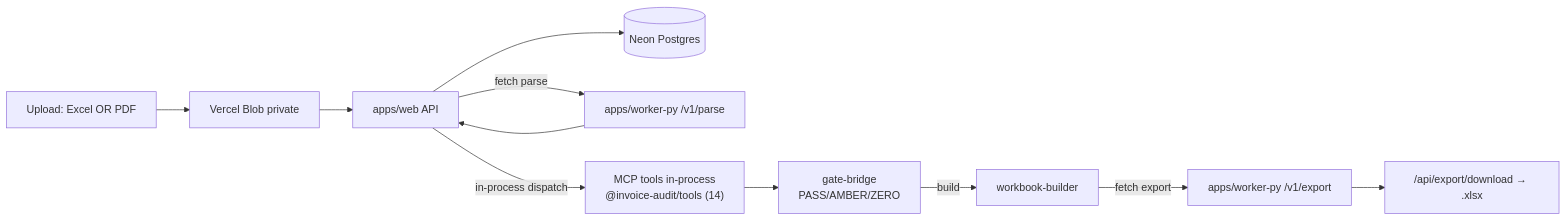
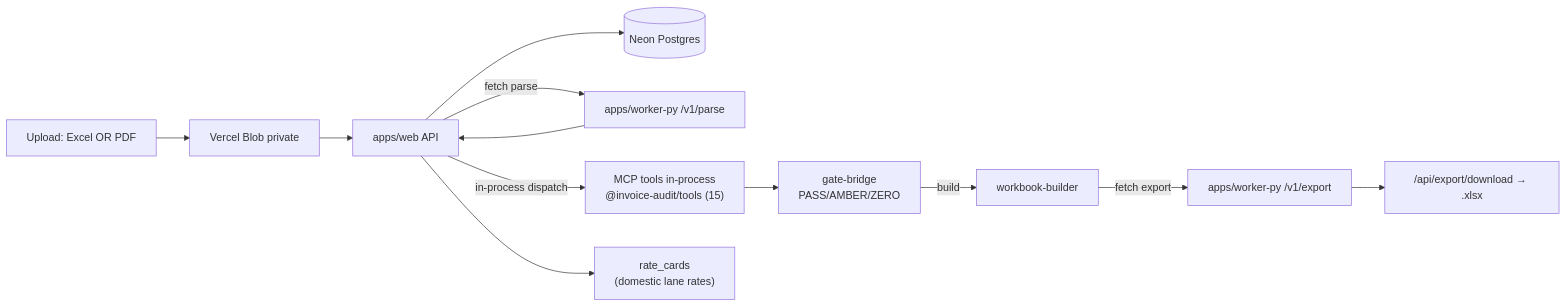
The diagram in SYSTEM_ARCHITECTURE.md (macho715/invoice_sct), drawn with Mermaid before and after one commit. The commit also changed other lines of this file and 18 other files, not shown here.

First line of the commit message:
feat: DOMESTIC workflow — full pipeline (UI, parser, MCP tool, gate, rate cards)

````diff
--- a/SYSTEM_ARCHITECTURE.md
+++ b/SYSTEM_ARCHITECTURE.md
@@ -47,13 +47,14 @@
 ```mermaid
 graph LR
     U[Upload: Excel OR PDF] --> B[Vercel Blob private]
     B --> W["apps/web API"]
     W --> D[(Neon Postgres)]
     W -->|fetch parse| PY["apps/worker-py /v1/parse"]
     PY --> W
-    W -->|in-process dispatch| MCP["MCP tools in-process<br/>@invoice-audit/tools (14)"]
+    W -->|in-process dispatch| MCP["MCP tools in-process<br/>@invoice-audit/tools (15)"]
     MCP --> GB["gate-bridge<br/>PASS/AMBER/ZERO"]
     GB -->|build| WB["workbook-builder"]
     WB -->|fetch export| PY2["apps/worker-py /v1/export"]
     PY2 --> DL["/api/export/download → .xlsx"]
+    W --> D2["rate_cards<br/>(domestic lane rates)"]
 ```
````
